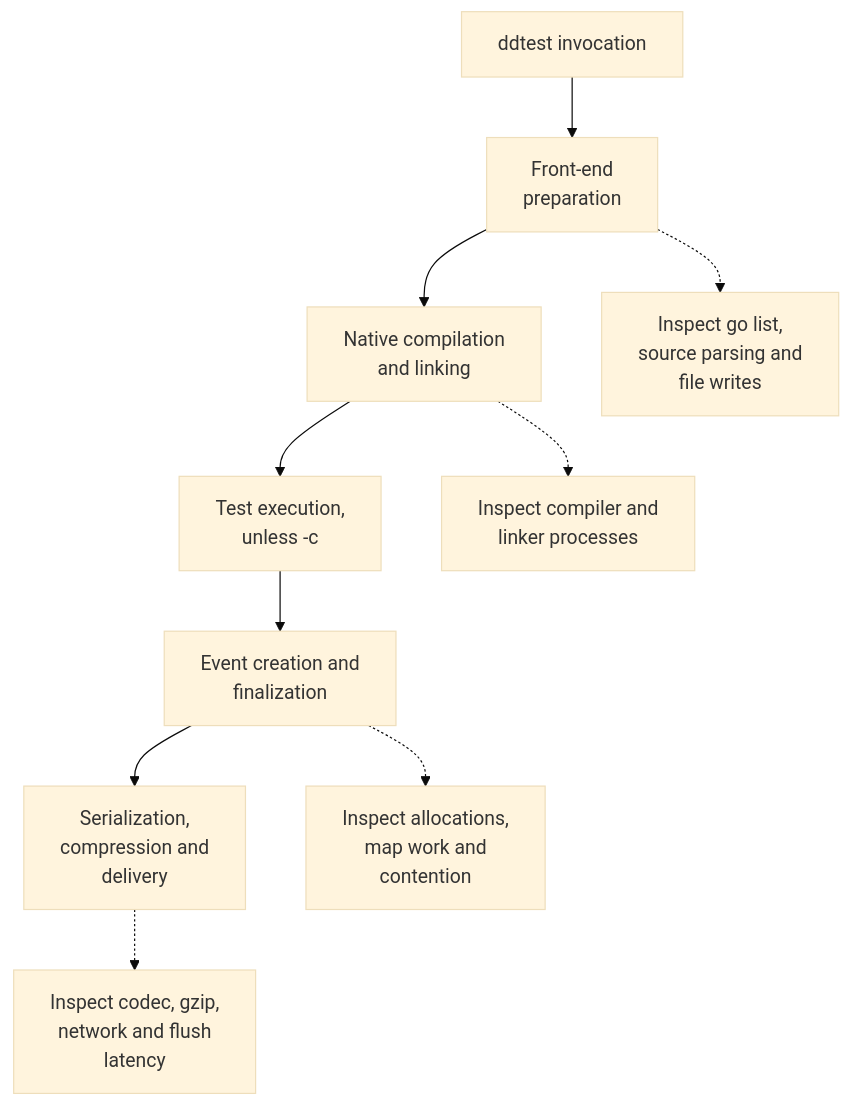
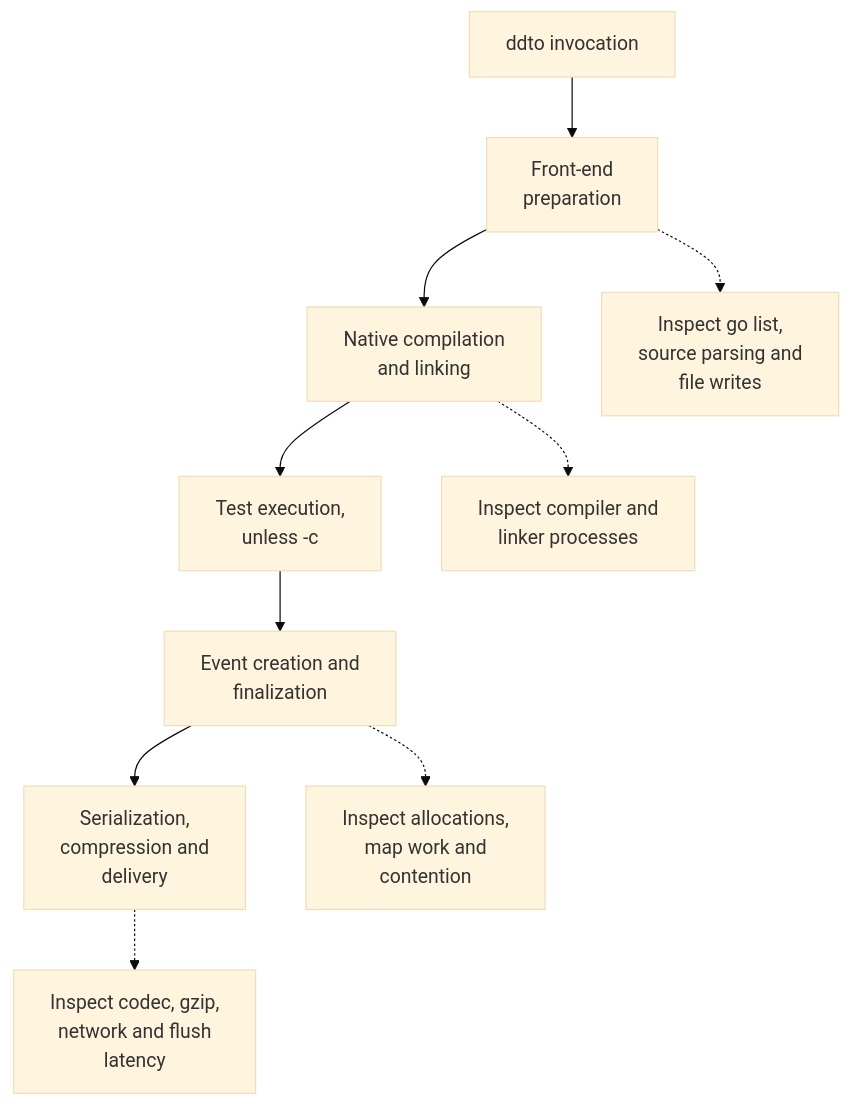
Before and after one commit to DataDog/ddtest: the diagram in ddto/docs/performance.md, drawn with Mermaid (base theme). The commit also changed other lines of this file and 76 other files, not shown here.

First line of the commit message:
Rename the CLI from ddtest to ddto (tonyredondo/dd-ci-testing-poc#23)

````diff
--- a/ddto/docs/performance.md
+++ b/ddto/docs/performance.md
@@ -10,12 +10,12 @@
 ```mermaid
 flowchart TB
-    Start["ddtest invocation"] --> Prepare["Front-end<br/>preparation"]
+    Start["ddto invocation"] --> Prepare["Front-end<br/>preparation"]
     Prepare --> Compile["Native compilation<br/>and linking"]
     Compile --> Run["Test execution,<br/>unless -c"]
     Run --> Finish["Event creation and<br/>finalization"]
     Finish --> Send["Serialization,<br/>compression and<br/>delivery"]
     Prepare -.-> P["Inspect go list,<br/>source parsing and<br/>file writes"]
     Compile -.-> C["Inspect compiler and<br/>linker processes"]
     Finish -.-> F["Inspect allocations,<br/>map work and<br/>contention"]
     Send -.-> S["Inspect codec, gzip,<br/>network and flush<br/>latency"]
 ```
````
